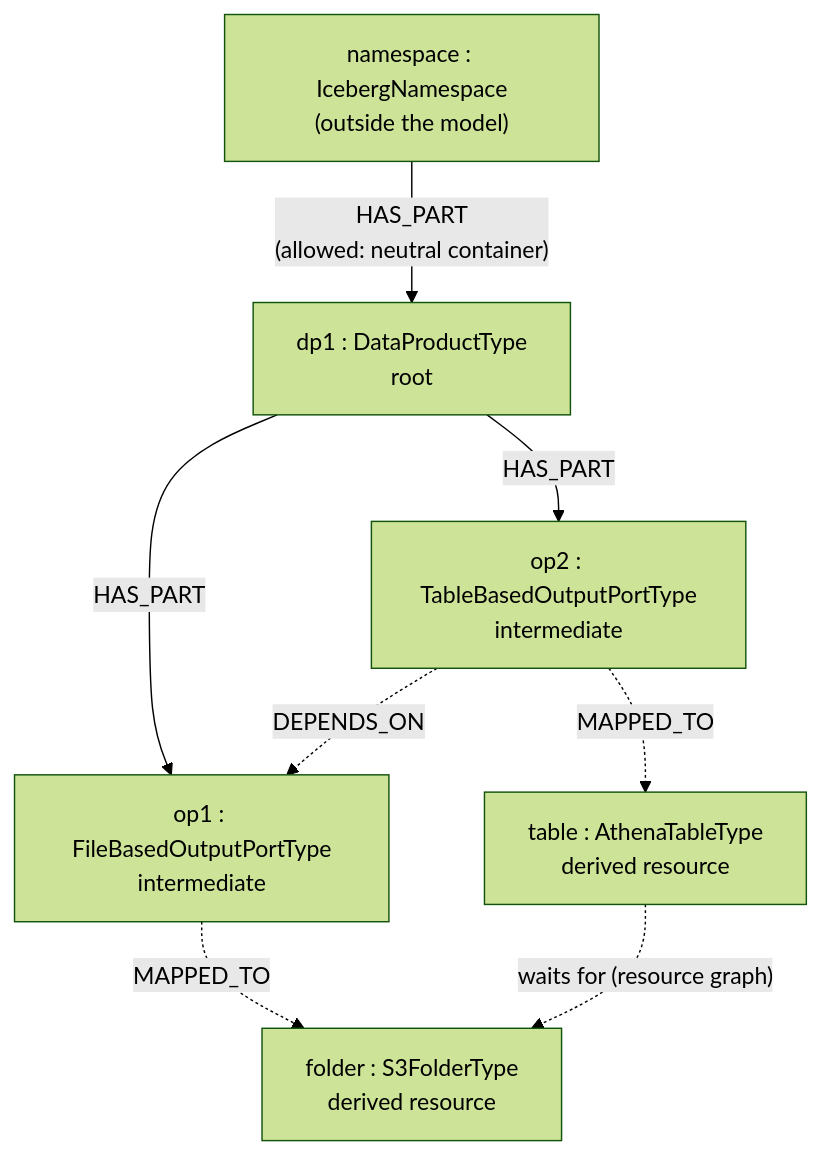
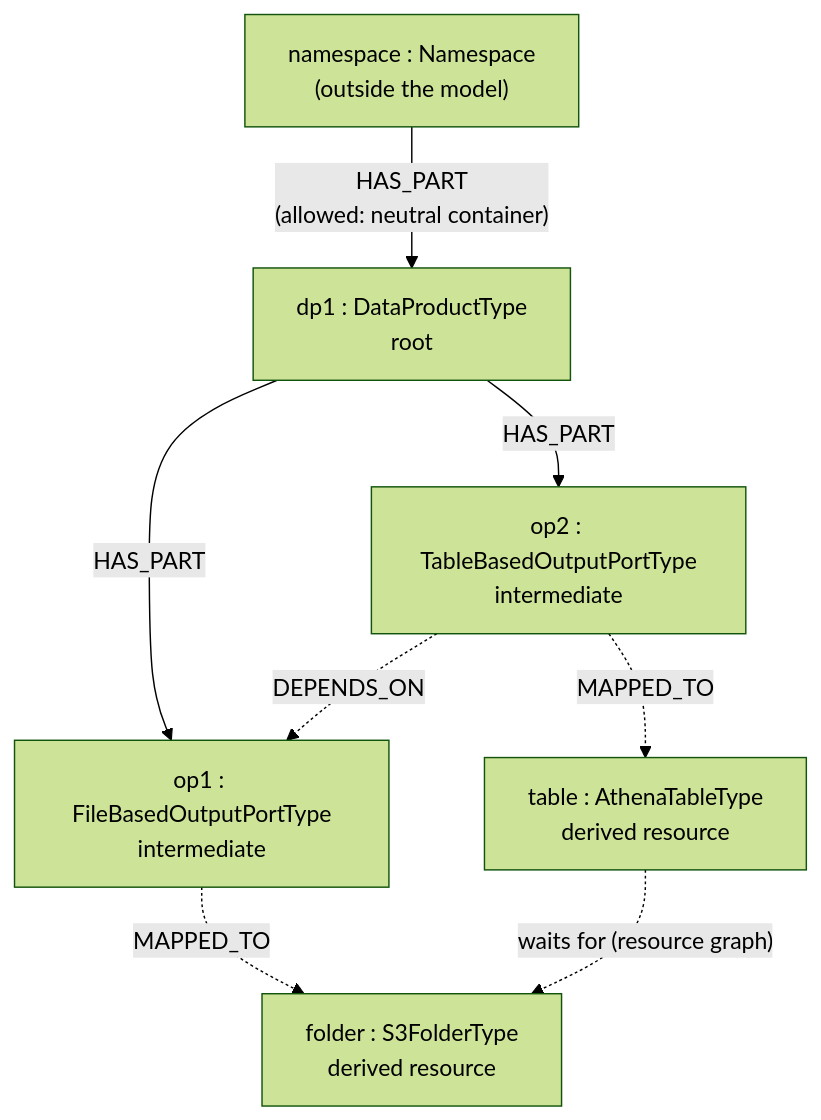
The second of 2 diagrams in .github/README.md (dgreco/metacatalog), drawn with Mermaid (forest theme) before and after one commit. The commit also changed other lines of this file and 84 other files, not shown here.

````diff
--- a/.github/README.md
+++ b/.github/README.md
@@ -1417,10 +1294,10 @@
 ```mermaid
 flowchart TD
-    NS["namespace : IcebergNamespace<br/>(outside the model)"] --"HAS_PART<br/>(allowed: neutral container)"--> DP
+    NS["namespace : Namespace<br/>(outside the model)"] --"HAS_PART<br/>(allowed: neutral container)"--> DP
     DP["dp1 : DataProductType<br/>root"] --"HAS_PART"--> OP1["op1 : FileBasedOutputPortType<br/>intermediate"]
     DP --"HAS_PART"--> OP2["op2 : TableBasedOutputPortType<br/>intermediate"]
     OP2 -."DEPENDS_ON".-> OP1
     OP1 -."MAPPED_TO".-> S3["folder : S3FolderType<br/>derived resource"]
     OP2 -."MAPPED_TO".-> AT["table : AthenaTableType<br/>derived resource"]
     AT -."waits for (resource graph)".-> S3
 ```
````
